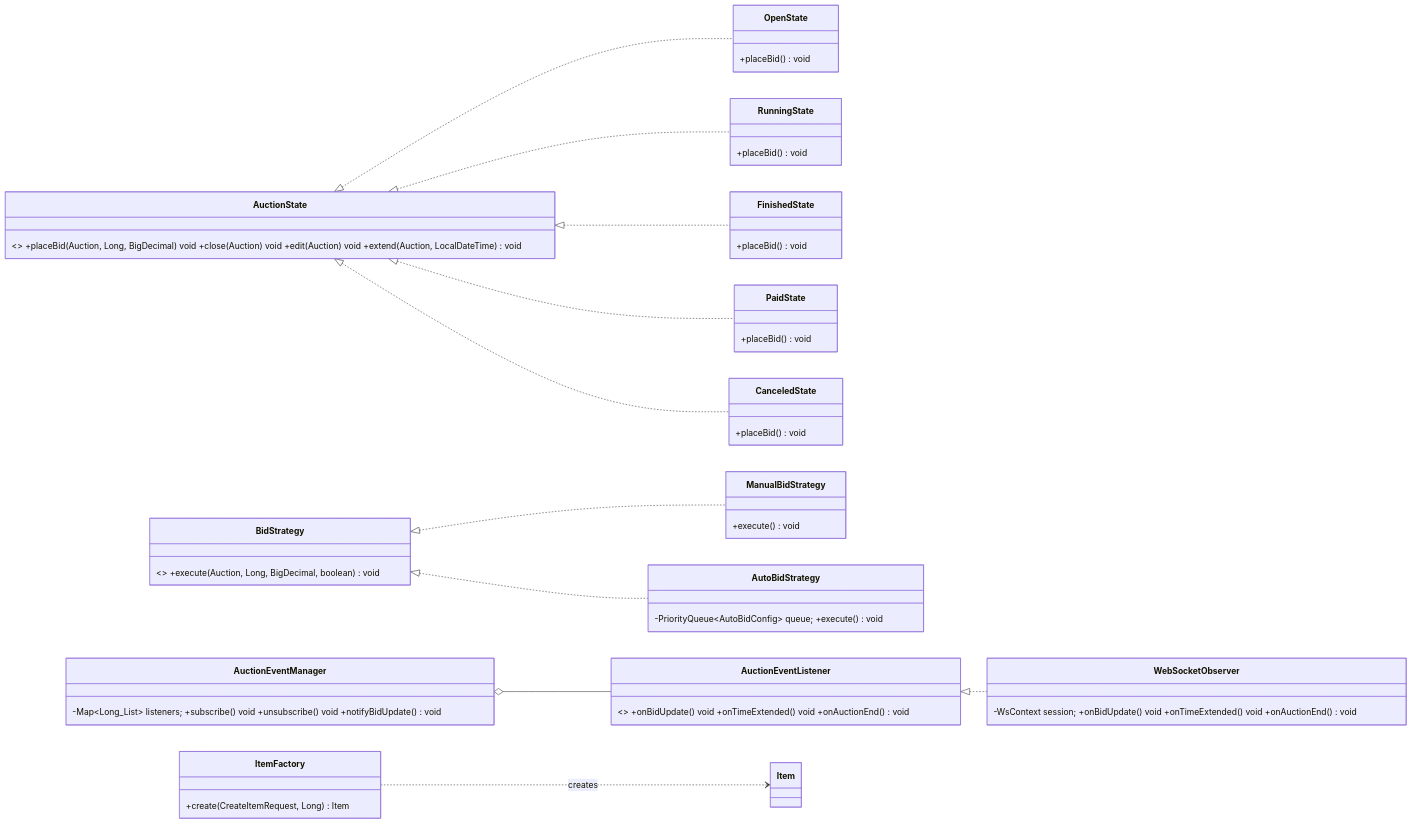
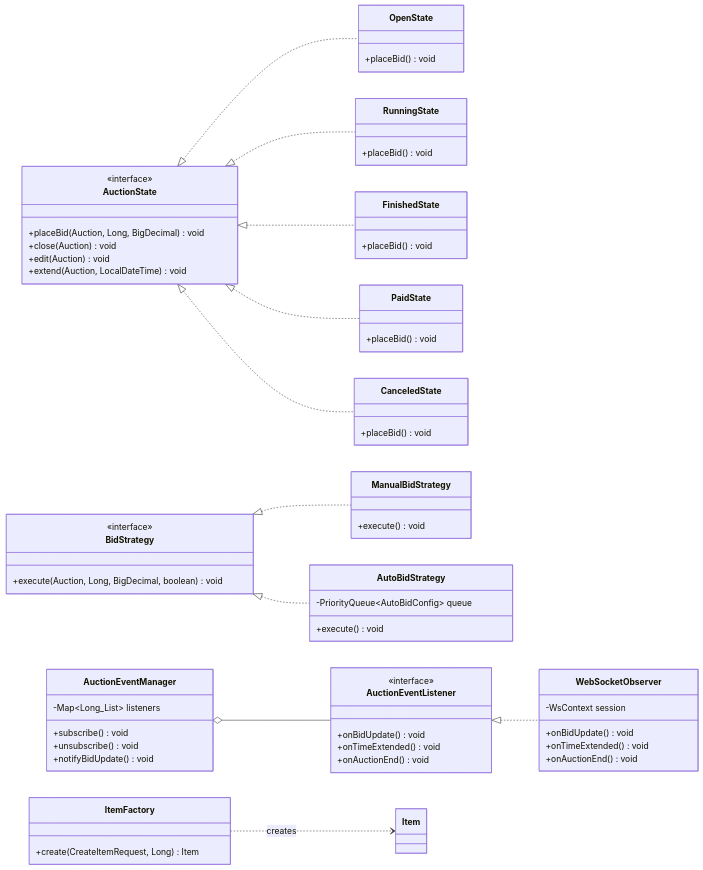
Before and after one commit to kieran-labs/oop-course-project-uet: the third of 5 diagrams in README.md, drawn with Mermaid. The commit also changed other lines of this file, not shown here.

````diff
--- a/README.md
+++ b/README.md
@@ -139,27 +209,68 @@
 ```mermaid
 classDiagram
     direction LR
-    class AuctionState { <<interface>> +placeBid(Auction, Long, BigDecimal) void +close(Auction) void +edit(Auction) void +extend(Auction, LocalDateTime) void }
-    class OpenState { +placeBid() void }
-    class RunningState { +placeBid() void }
-    class FinishedState { +placeBid() void }
-    class PaidState { +placeBid() void }
-    class CanceledState { +placeBid() void }
+    class AuctionState {
+        <<interface>>
+        +placeBid(Auction, Long, BigDecimal) void
+        +close(Auction) void
+        +edit(Auction) void
+        +extend(Auction, LocalDateTime) void
+    }
+    class OpenState {
+        +placeBid() void
+    }
+    class RunningState {
+        +placeBid() void
+    }
+    class FinishedState {
+        +placeBid() void
+    }
+    class PaidState {
+        +placeBid() void
+    }
+    class CanceledState {
+        +placeBid() void
+    }
     AuctionState <|.. OpenState
     AuctionState <|.. RunningState
     AuctionState <|.. FinishedState
     AuctionState <|.. PaidState
     AuctionState <|.. CanceledState
-    class BidStrategy { <<interface>> +execute(Auction, Long, BigDecimal, boolean) void }
-    class ManualBidStrategy { +execute() void }
-    class AutoBidStrategy { -PriorityQueue~AutoBidConfig~ queue; +execute() void }
+    class BidStrategy {
+        <<interface>>
+        +execute(Auction, Long, BigDecimal, boolean) void
+    }
+    class ManualBidStrategy {
+        +execute() void
+    }
+    class AutoBidStrategy {
+        -PriorityQueue~AutoBidConfig~ queue
+        +execute() void
+    }
     BidStrategy <|.. ManualBidStrategy
     BidStrategy <|.. AutoBidStrategy
-    class AuctionEventListener { <<interface>> +onBidUpdate() void +onTimeExtended() void +onAuctionEnd() void }
-    class AuctionEventManager { -Map~Long_List~ listeners; +subscribe() void +unsubscribe() void +notifyBidUpdate() void }
-    class WebSocketObserver { -WsContext session; +onBidUpdate() void +onTimeExtended() void +onAuctionEnd() void }
-    class ItemFactory { +create(CreateItemRequest, Long) Item }
+    class AuctionEventListener {
+        <<interface>>
+        +onBidUpdate() void
+        +onTimeExtended() void
+        +onAuctionEnd() void
+    }
+    class AuctionEventManager {
+        -Map~Long_List~ listeners
+        +subscribe() void
+        +unsubscribe() void
+        +notifyBidUpdate() void
+    }
+    class WebSocketObserver {
+        -WsContext session
+        +onBidUpdate() void
+        +onTimeExtended() void
+        +onAuctionEnd() void
+    }
+    class ItemFactory {
+        +create(CreateItemRequest, Long) Item
+    }
     AuctionEventListener <|.. WebSocketObserver
     AuctionEventManager o-- AuctionEventListener
     ItemFactory ..> Item : creates
 ```
````
